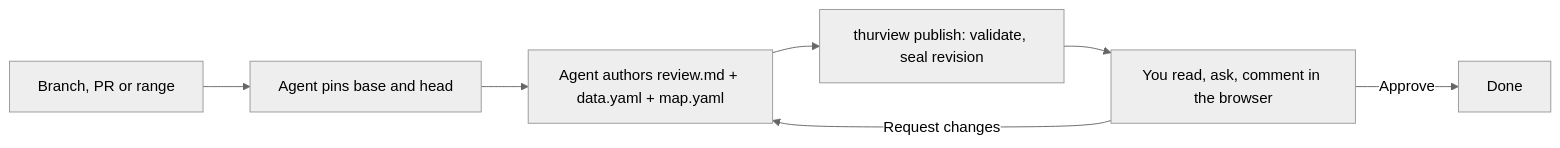
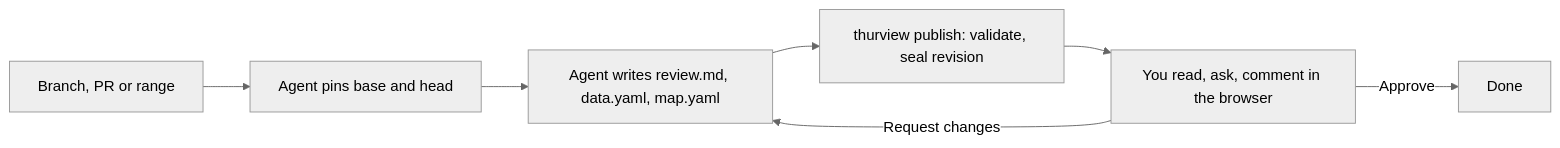
One commit to Thurbeen/thurview changed the diagram in README.md. Above: the diagram before and after it, drawn with Mermaid (neutral theme). The commit also changed other lines of this file and 9 other files, not shown here.

````diff
--- a/README.md
+++ b/README.md
@@ -191,9 +48,9 @@
 ```mermaid
 flowchart LR
   A[Branch, PR or range] --> B[Agent pins base and head]
-  B --> C[Agent authors review.md + data.yaml + map.yaml]
+  B --> C[Agent writes review.md, data.yaml, map.yaml]
   C --> D[thurview publish: validate, seal revision]
   D --> E[You read, ask, comment in the browser]
   E -->|Request changes| C
   E -->|Approve| F[Done]
 ```
````
